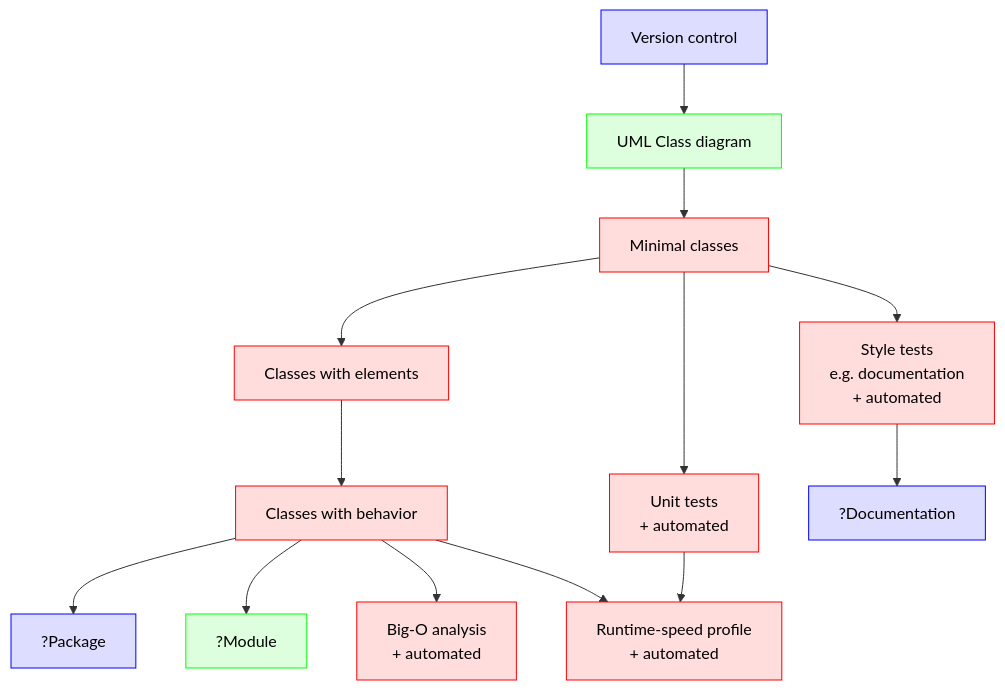
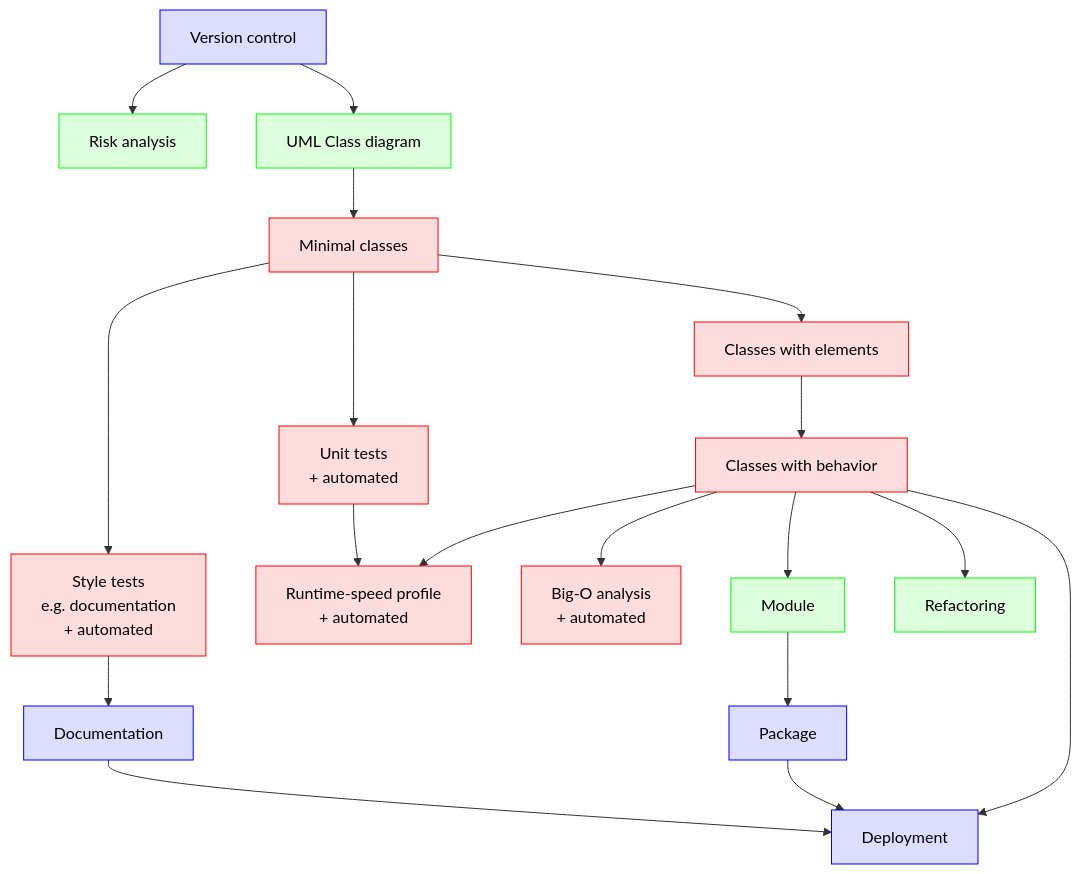
One commit to UPPMAX/programming_formalisms changed the third of 3 diagrams in docs/intro.md. Above: the diagram before and after it, drawn with Mermaid.

Commit message:
Improve project deliverables

````diff
--- a/docs/intro.md
+++ b/docs/intro.md
@@ -205,32 +205,40 @@
 ```mermaid
 flowchart TB
   classDef bjorn_node fill:#ddf,color:#000,stroke:#00f
   classDef lars_node fill:#dfd,color:#000,stroke:#0f0
   classDef richel_node fill:#fdd,color:#000,stroke:#f00
 
   version_control[Version control]:::bjorn_node
+  risk_analyis[Risk analysis]:::lars_node
   uml_class_diagram[UML Class diagram]:::lars_node
   minimal_classes[Minimal classes]:::richel_node
   unit_tests[Unit tests\n+ automated]:::richel_node
   style_tests[Style tests\ne.g. documentation\n+ automated]:::richel_node
   classes_with_elements[Classes with elements]:::richel_node
   classes_with_behavior[Classes with behavior]:::richel_node
   runtime_speed_profile[Runtime-speed profile\n+ automated]:::richel_node
   big_o[Big-O analysis\n+ automated]:::richel_node
-  package[?Package]:::bjorn_node
-  module[?Module]:::lars_node
-  documentation[?Documentation]:::bjorn_node
+  package[Package]:::bjorn_node
+  module[Module]:::lars_node
+  refactoring[Refactoring]:::lars_node
+  documentation[Documentation]:::bjorn_node
+  deployment[Deployment]:::bjorn_node
 
   version_control --> uml_class_diagram
+  version_control --> risk_analyis
   uml_class_diagram --> minimal_classes
   minimal_classes --> classes_with_elements
   minimal_classes --> unit_tests
   minimal_classes --> style_tests
   classes_with_elements --> classes_with_behavior
-  classes_with_behavior --> package
   classes_with_behavior --> module
   classes_with_behavior --> big_o
+  classes_with_behavior --> runtime_speed_profile
+  classes_with_behavior --> deployment
+  classes_with_behavior --> refactoring
   style_tests --> documentation
   unit_tests --> runtime_speed_profile
-  classes_with_behavior --> runtime_speed_profile
+  module --> package
+  package --> deployment
+  documentation --> deployment
 ```
````
